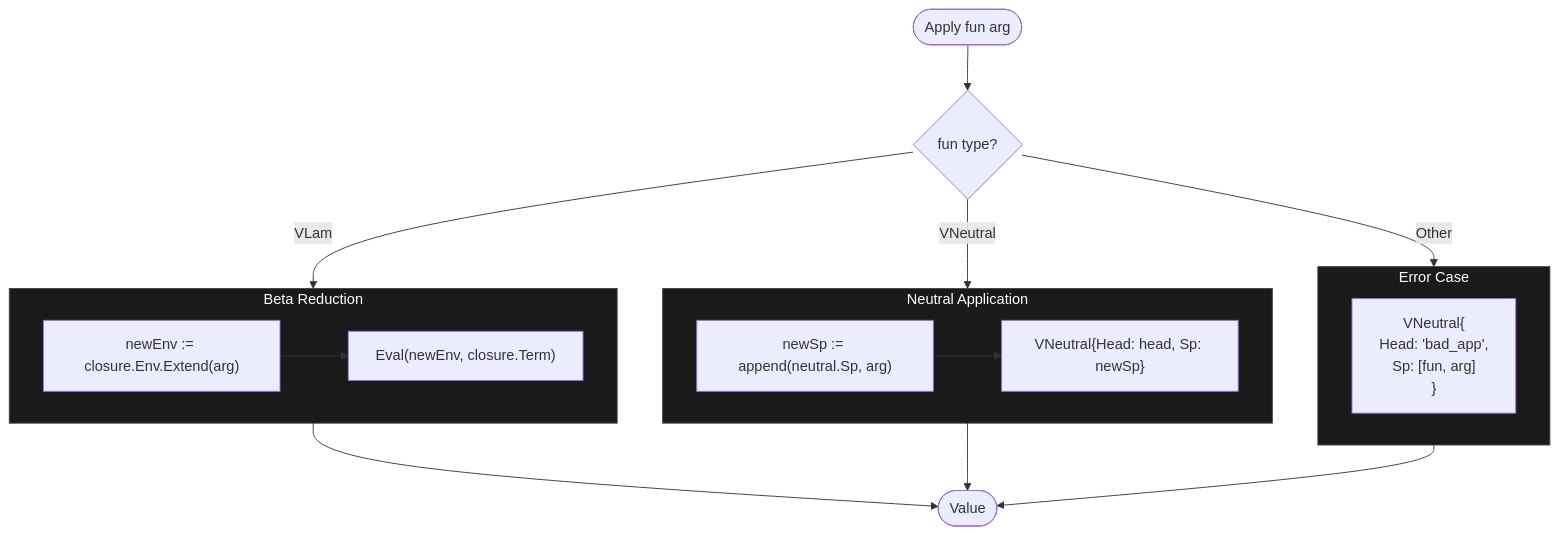
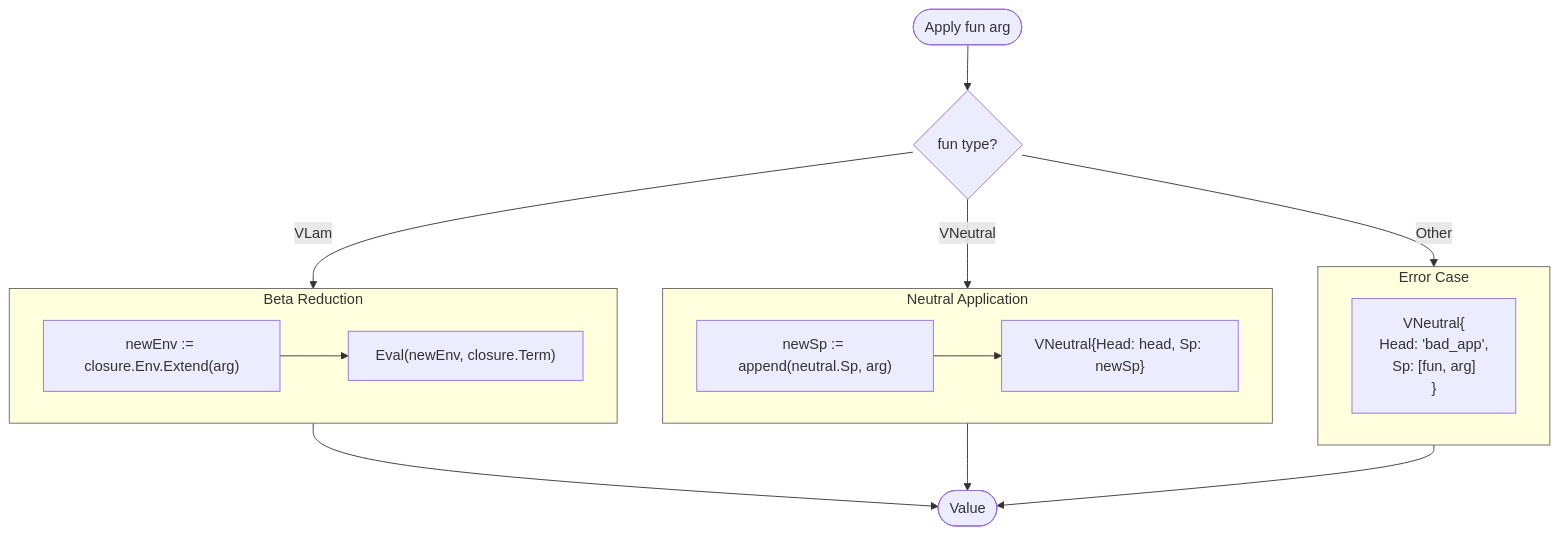
Diagram 14 of 26 in DIAGRAMS.md (watchthelight/HypergraphGo), drawn with Mermaid before and after one commit. The commit also changed other lines of this file and 1 other file, not shown here.

Commit message:
Diagram updates

````diff
--- a/DIAGRAMS.md
+++ b/DIAGRAMS.md
@@ -965,32 +1215,32 @@
 ```mermaid
 flowchart TB
     Start([Apply fun arg]) --> FunType{fun type?}
 
     FunType -->|VLam| BetaReduce
     FunType -->|VNeutral| ExtendSpine
     FunType -->|Other| BadApp
 
     subgraph BetaReduce["Beta Reduction"]
         BR1["newEnv := closure.Env.Extend(arg)"]
         BR2["Eval(newEnv, closure.Term)"]
         BR1 --> BR2
     end
 
     subgraph ExtendSpine["Neutral Application"]
         ES1["newSp := append(neutral.Sp, arg)"]
         ES2["VNeutral{Head: head, Sp: newSp}"]
         ES1 --> ES2
     end
 
     subgraph BadApp["Error Case"]
         BA1["VNeutral{<br/>  Head: 'bad_app',<br/>  Sp: [fun, arg]<br/>}"]
     end
 
     BetaReduce --> Result([Value])
     ExtendSpine --> Result
     BadApp --> Result
 
-    style BetaReduce fill:#1a1a1a,stroke:#444,color:#fff
-    style ExtendSpine fill:#1a1a1a,stroke:#444,color:#fff
-    style BadApp fill:#1a1a1a,stroke:#444,color:#fff
+    style BetaReduce stroke:#666
+    style ExtendSpine stroke:#666
+    style BadApp stroke:#666
 ```
````
